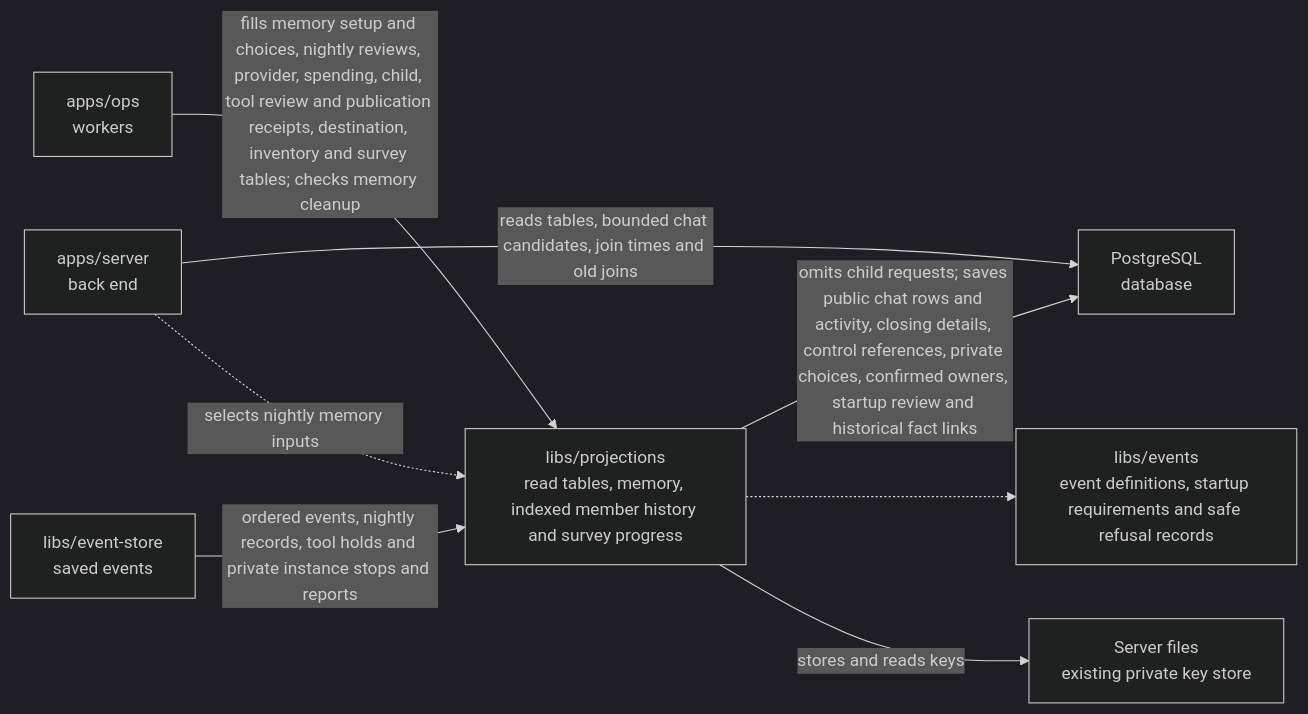
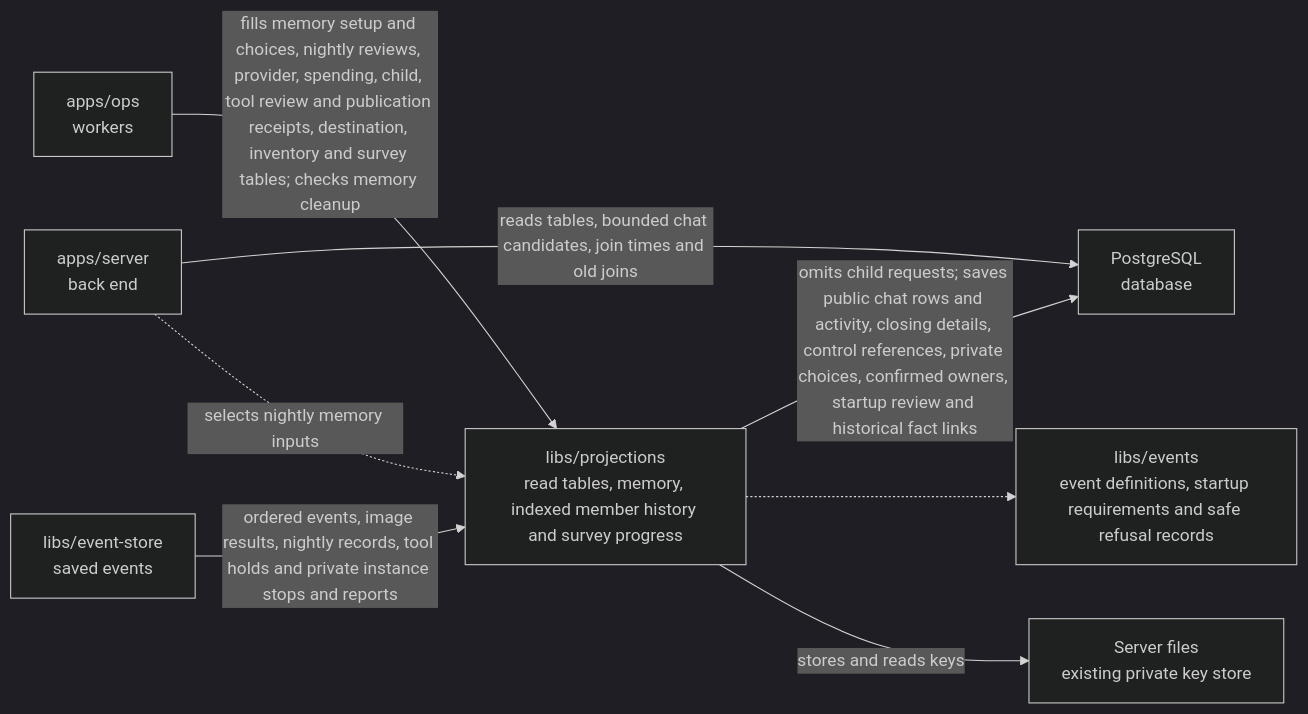
One commit to elewa-git/opencrane-new changed the diagram in libs/projections/README.md. Above: the diagram before and after it, drawn with Mermaid (dark theme). The commit also changed other lines of this file and 22 other files, not shown here.

````diff
--- a/libs/projections/README.md
+++ b/libs/projections/README.md
@@ -23,10 +23,10 @@
 ```mermaid
 flowchart LR
   ops["apps/ops<br/>workers"] -->|fills memory setup and choices, nightly reviews, provider, spending, child, tool review and publication receipts, destination, inventory and survey tables; checks memory cleanup| projections["libs/projections<br/>read tables, memory, indexed member history and survey progress"]
   server["apps/server<br/>back end"] -->|reads tables, bounded chat candidates, join times and old joins| pg["PostgreSQL<br/>database"]
   projections -->|omits child requests; saves public chat rows and activity, closing details, control references, private choices, confirmed owners, startup review and historical fact links| pg
-  store["libs/event-store<br/>saved events"] -->|ordered events, nightly records, tool holds and private instance stops and reports| projections
+  store["libs/event-store<br/>saved events"] -->|ordered events, image results, nightly records, tool holds and private instance stops and reports| projections
   server -.->|selects nightly memory inputs| projections
   projections -.-> events["libs/events<br/>event definitions, startup requirements and safe refusal records"]
   projections -->|stores and reads keys| keys["Server files<br/>existing private key store"]
 ```
````
